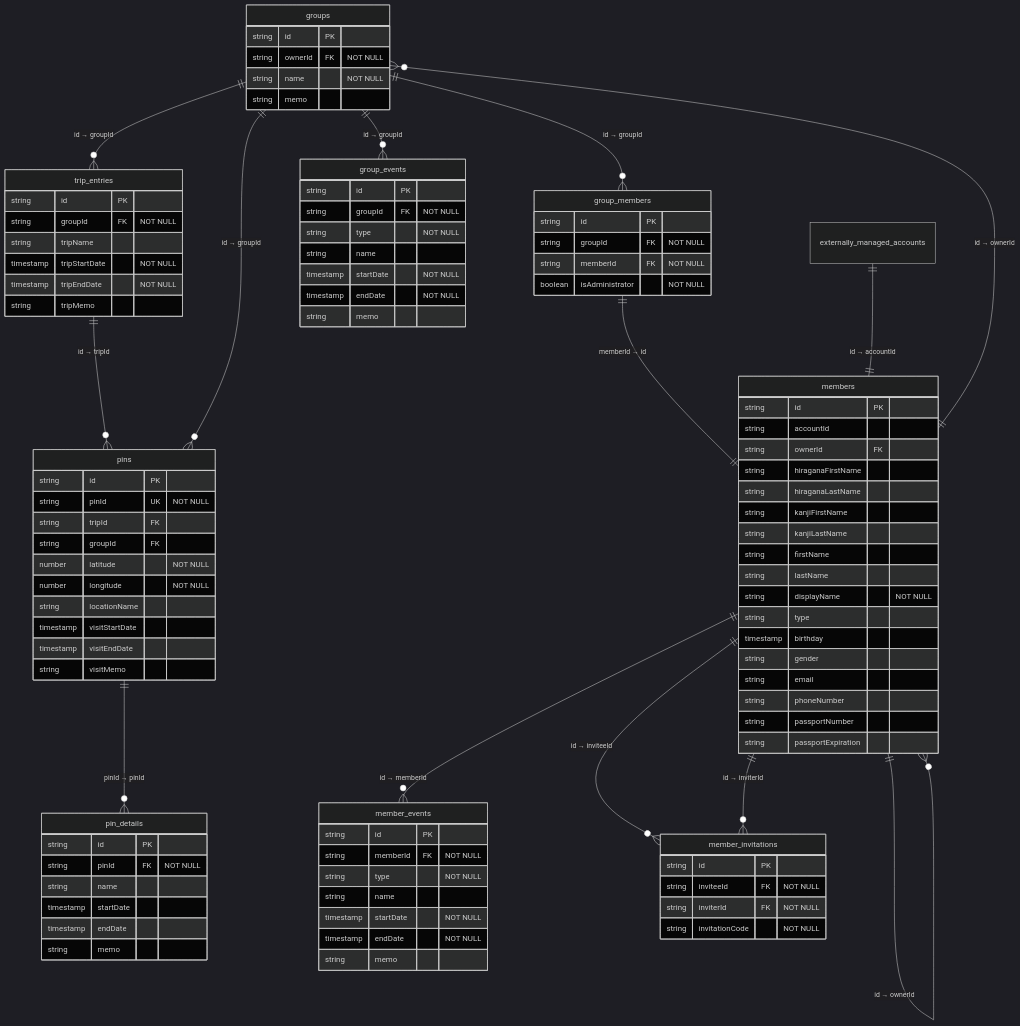
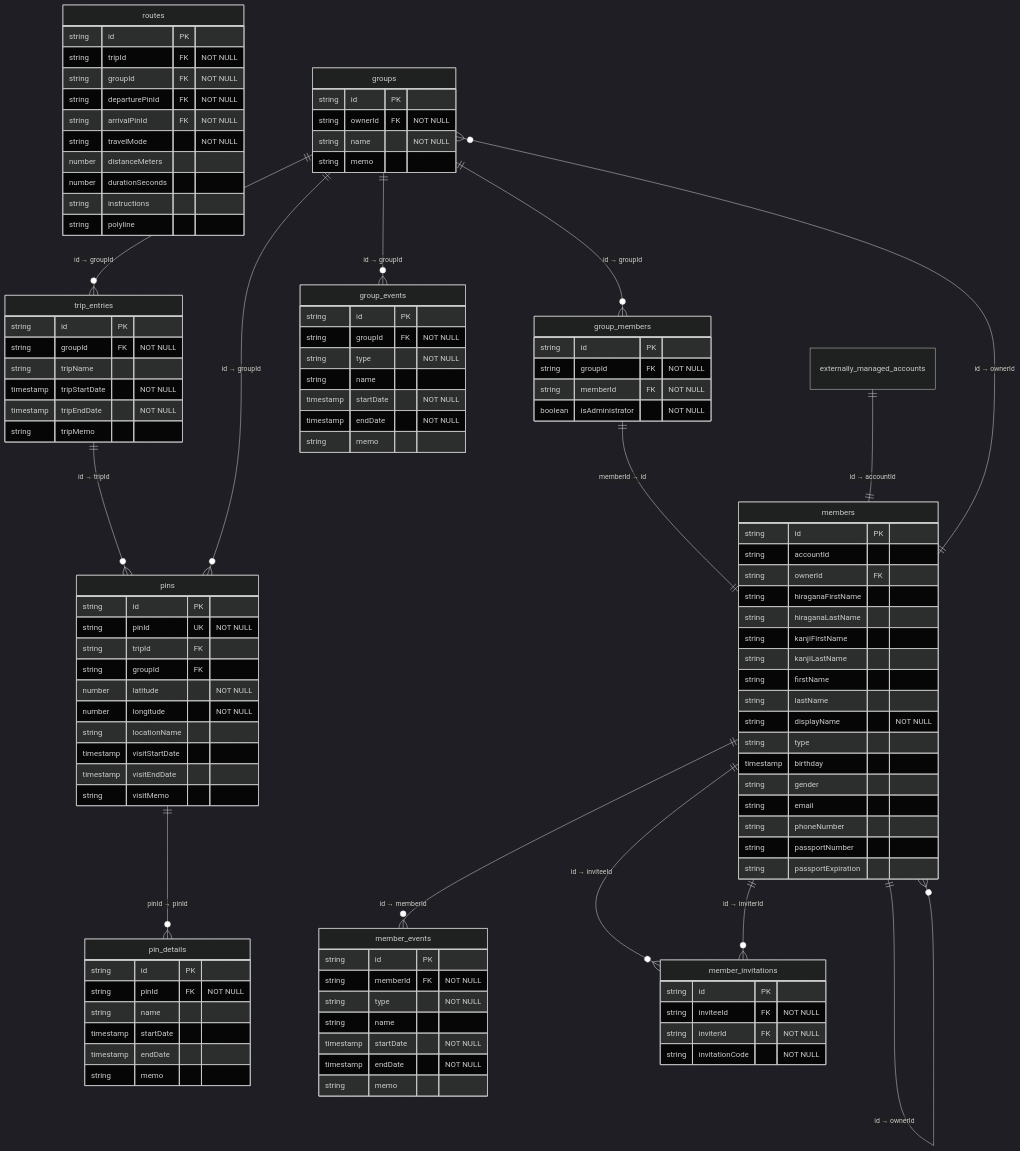
Before and after one commit to taka-016/memora: the diagram in docs/er_diagram.md, drawn with Mermaid (dark theme).

Commit message:
doc: routesテーブルを追加

```diff
--- a/docs/er_diagram.md
+++ b/docs/er_diagram.md
@@ -29,6 +29,18 @@
         timestamp startDate
         timestamp endDate
         string memo
+    }
+    routes {
+        string id PK
+        string tripId FK "NOT NULL"
+        string groupId FK "NOT NULL"
+        string departurePinId FK "NOT NULL"
+        string arrivalPinId FK "NOT NULL"
+        string travelMode "NOT NULL"
+        number distanceMeters
+        number durationSeconds
+        string instructions
+        string polyline
     }
     groups {
         string id PK
```
